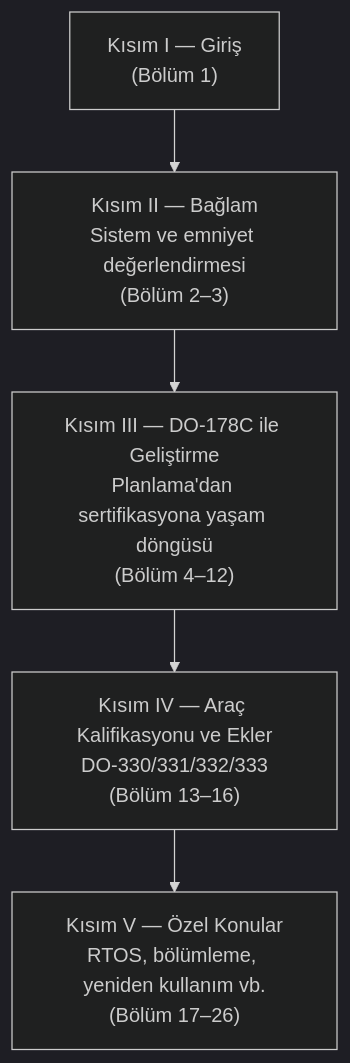
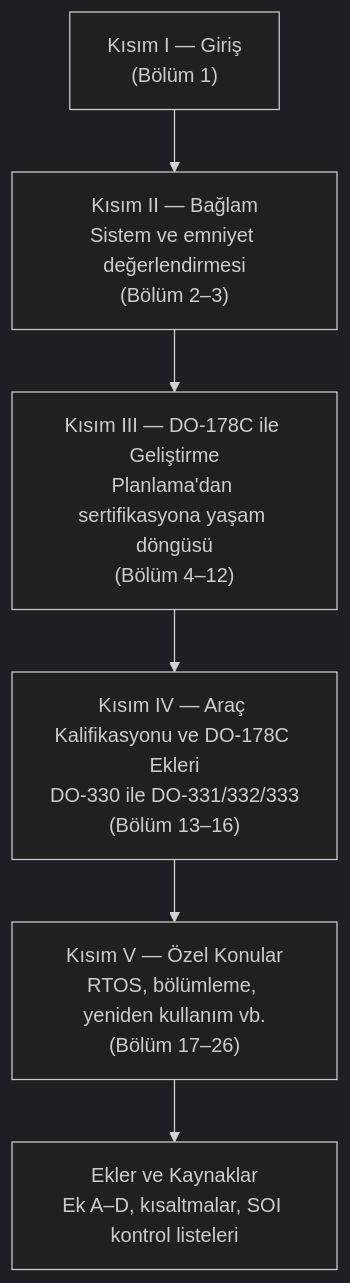
The diagram in kitap/01-giris/01-giris-ve-genel-bakis.md (Mavrikant/aviyonikyazilim), drawn with Mermaid (dark theme) before and after one commit. The commit also changed other lines of this file and 35 other files, not shown here.

````diff
--- a/kitap/01-giris/01-giris-ve-genel-bakis.md
+++ b/kitap/01-giris/01-giris-ve-genel-bakis.md
@@ -92,7 +186,8 @@
 ```mermaid
 flowchart TD
     K1["Kısım I — Giriş<br/>(Bölüm 1)"] --> K2["Kısım II — Bağlam<br/>Sistem ve emniyet değerlendirmesi<br/>(Bölüm 2–3)"]
     K2 --> K3["Kısım III — DO-178C ile Geliştirme<br/>Planlama'dan sertifikasyona yaşam döngüsü<br/>(Bölüm 4–12)"]
-    K3 --> K4["Kısım IV — Araç Kalifikasyonu ve Ekler<br/>DO-330/331/332/333<br/>(Bölüm 13–16)"]
+    K3 --> K4["Kısım IV — Araç Kalifikasyonu ve DO-178C Ekleri<br/>DO-330 ile DO-331/332/333<br/>(Bölüm 13–16)"]
     K4 --> K5["Kısım V — Özel Konular<br/>RTOS, bölümleme, yeniden kullanım vb.<br/>(Bölüm 17–26)"]
+    K5 --> K6["Ekler ve Kaynaklar<br/>Ek A–D, kısaltmalar, SOI kontrol listeleri"]
 ```
````
